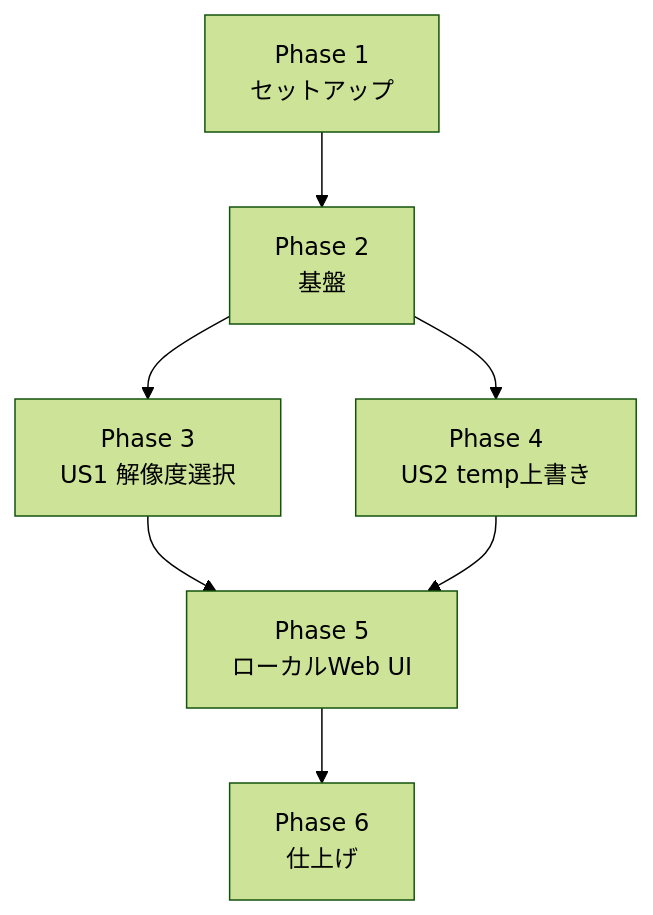
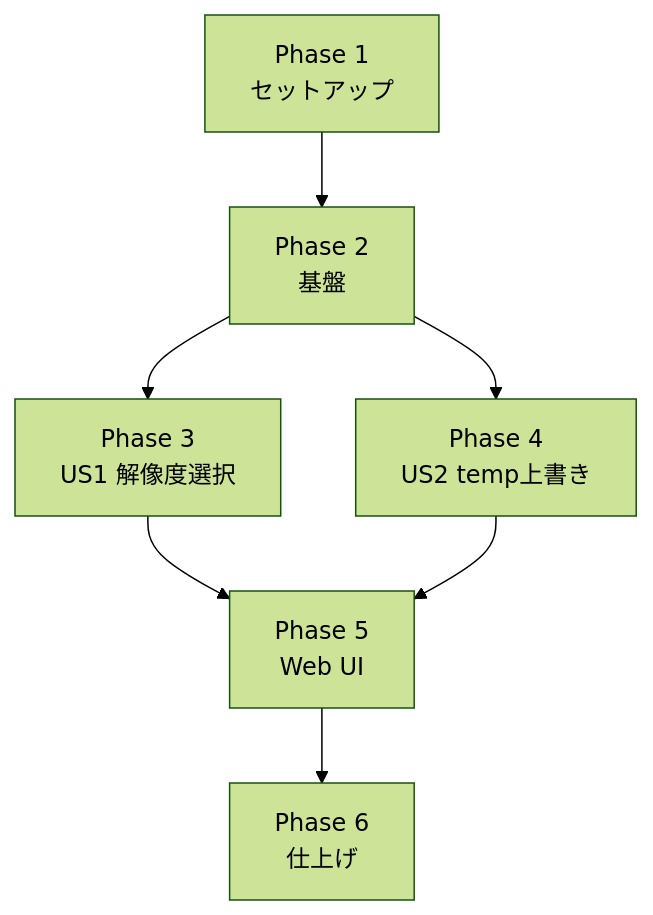
Before and after one commit to J1921604/Slide-MyVoice-Maker: the second of 2 diagrams in specs/001-Slide-Voice-Maker/tasks.md, drawn with Mermaid (forest theme). The commit also changed other lines of this file and 12 other files, not shown here.

````diff
--- a/specs/001-Slide-Voice-Maker/tasks.md
+++ b/specs/001-Slide-Voice-Maker/tasks.md
@@ -143,9 +143,9 @@
 ```mermaid
 flowchart TD
     P1[Phase 1<br>セットアップ] --> P2[Phase 2<br>基盤]
     P2 --> P3[Phase 3<br>US1 解像度選択]
     P2 --> P4[Phase 4<br>US2 temp上書き]
-    P3 --> P5[Phase 5<br>ローカルWeb UI]
+    P3 --> P5[Phase 5<br>Web UI]
     P4 --> P5
     P5 --> P6[Phase 6<br>仕上げ]
 ```
````
